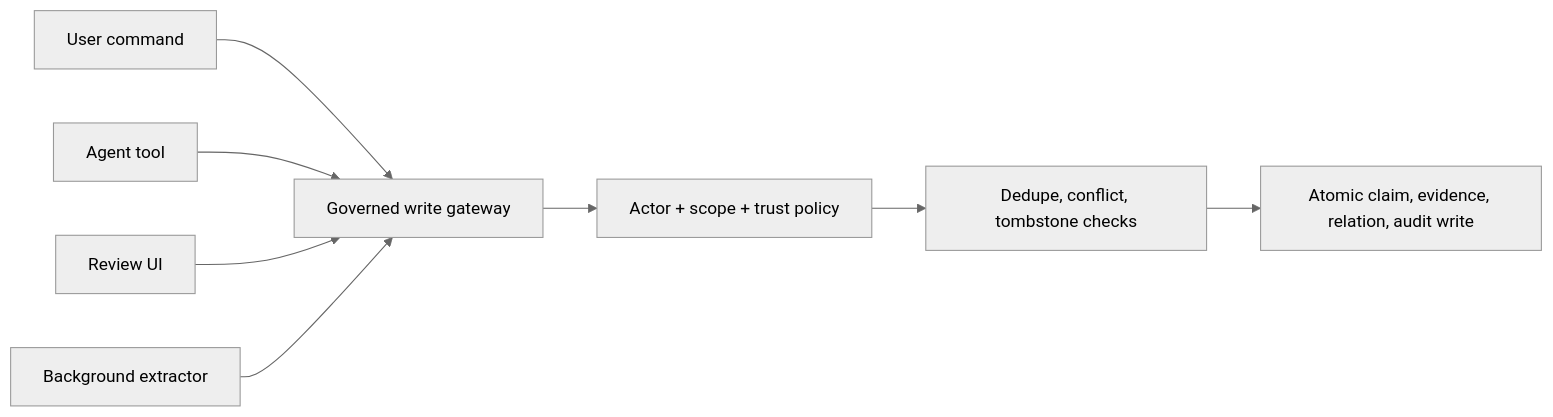
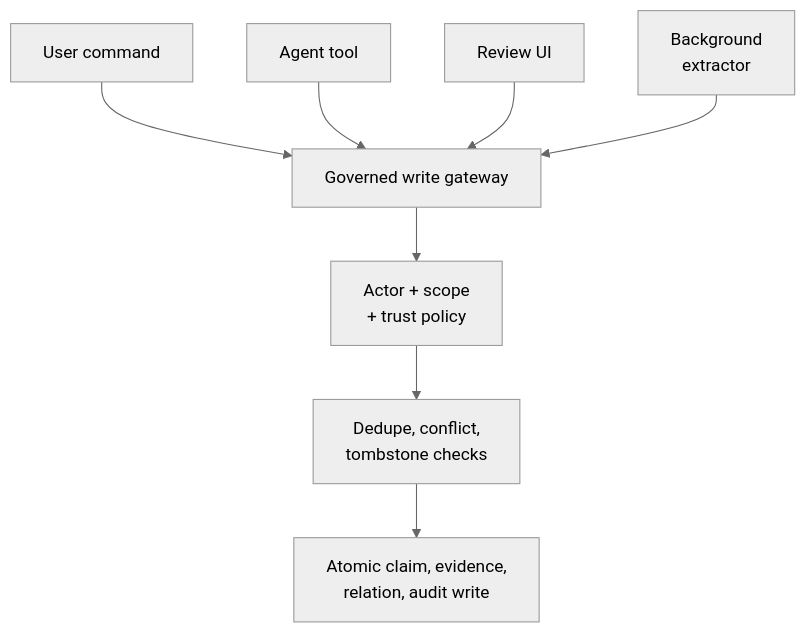
One commit to neoneye/agent-memory-atlas changed the diagram in content/patterns/governed-write-gateway.md. Above: the diagram before and after it, drawn with Mermaid (neutral theme). The commit also changed 21 other files, not shown here.

````diff
--- a/content/patterns/governed-write-gateway.md
+++ b/content/patterns/governed-write-gateway.md
@@ -21,10 +21,10 @@
 ```mermaid
-flowchart LR
+flowchart TD
     A["User command"] --> G["Governed write gateway"]
     B["Agent tool"] --> G
     C["Review UI"] --> G
-    D["Background extractor"] --> G
-    G --> P["Actor + scope + trust policy"]
-    P --> K["Dedupe, conflict, tombstone checks"]
-    K --> T["Atomic claim, evidence, relation, audit write"]
+    D["Background<br/>extractor"] --> G
+    G --> P["Actor + scope<br/>+ trust policy"]
+    P --> K["Dedupe, conflict,<br/>tombstone checks"]
+    K --> T["Atomic claim, evidence,<br/>relation, audit write"]
 ```
````
